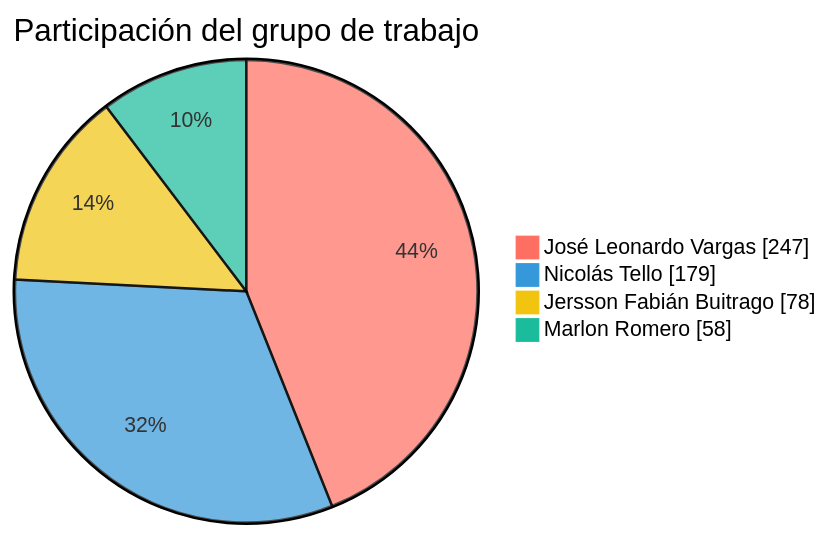
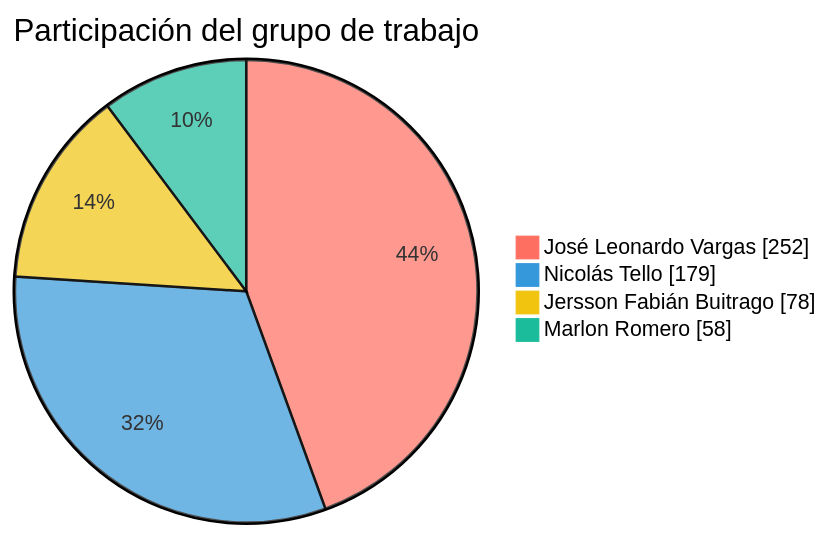
One commit to FarmaExpres/FarmaExpres changed the first of 2 diagrams in README.md. Above: the diagram before and after it, drawn with Mermaid. The commit also changed other lines of this file and 1 other file, not shown here.

````diff
--- a/README.md
+++ b/README.md
@@ -389,9 +389,9 @@
 ```mermaid
 %%{init: {"themeVariables": {"pie1": "#ff6f61", "pie2": "#3498db", "pie3": "#f1c40f", "pie4": "#1abc9c", "pieLabelColor": "#000000", "pieLabelFontSize": "24px", "pieLabelFontWeight": "700"}}}%%
 pie showData
     title Participación del grupo de trabajo
-    "José Leonardo Vargas" : 247
+    "José Leonardo Vargas" : 252
     "Nicolás Tello" : 179
     "Jersson Fabián Buitrago" : 78
     "Marlon Romero" : 58
 ```
````
